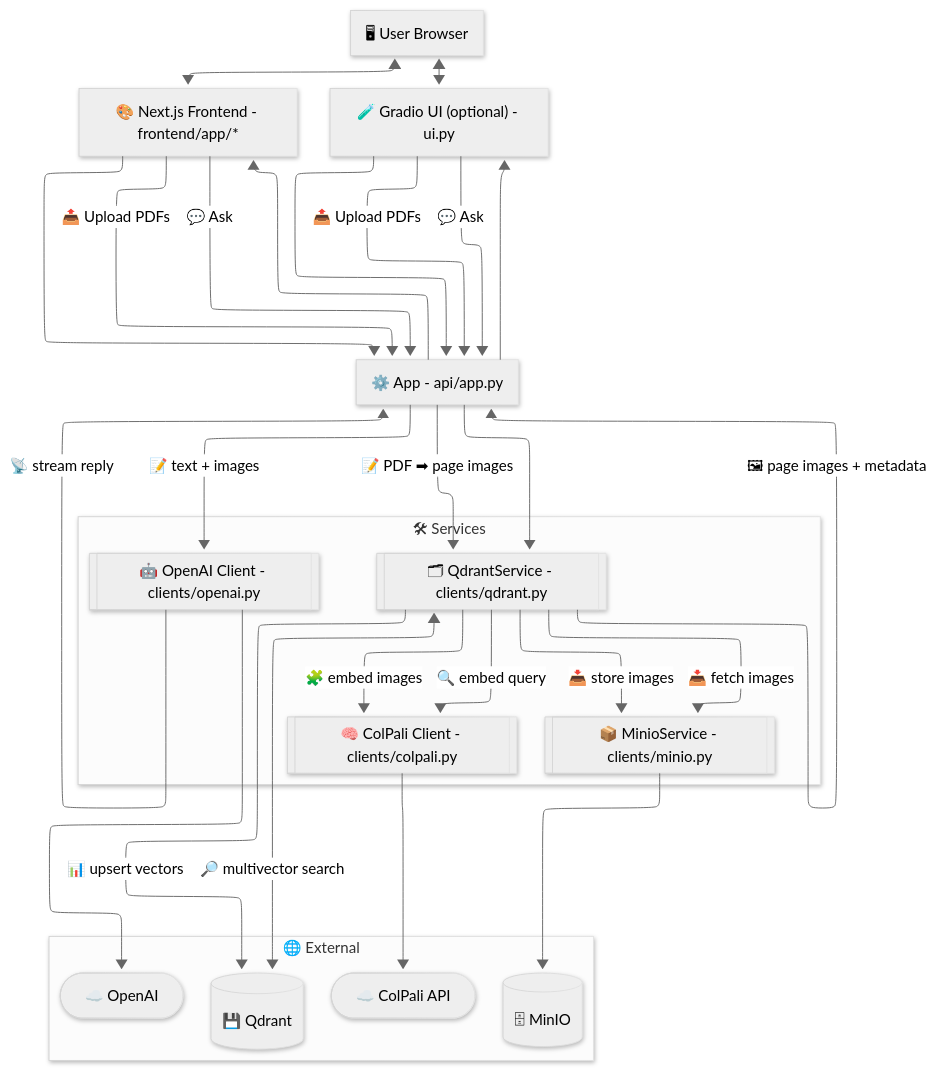
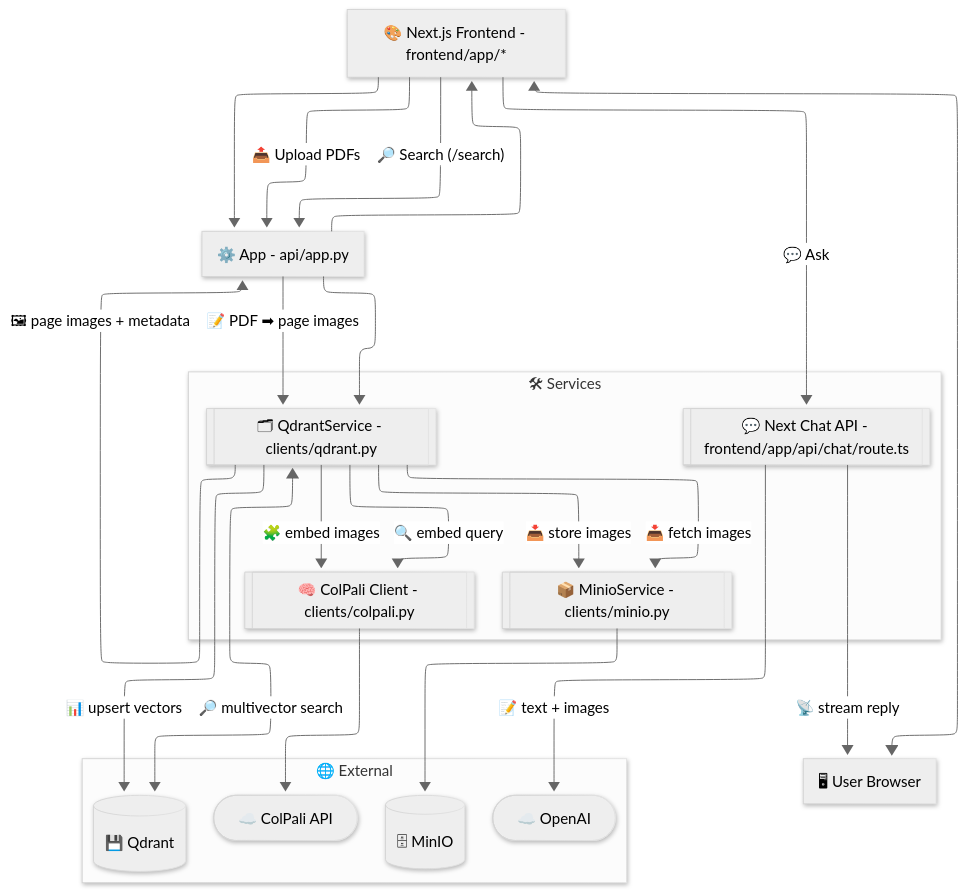
The diagram in backend/docs/architecture.md (athrael-soju/Snappy), drawn with Mermaid before and after one commit. The commit also changed other lines of this file and 4 other files, not shown here.

Commit message:
docs: migrate from Gradio UI to Next.js frontend with OpenAI chat streaming

````diff
--- a/backend/docs/architecture.md
+++ b/backend/docs/architecture.md
@@ -5,43 +5,39 @@
 ```mermaid
 ---
 config:
   theme: neutral
   layout: elk
   look: neo
 ---
 flowchart TB
  subgraph Services["🛠 Services"]
         QS[["🗂 QdrantService - clients/qdrant.py"]]
         MINIO[["📦 MinioService - clients/minio.py"]]
         COL[["🧠 ColPali Client - clients/colpali.py"]]
-        OAI[["🤖 OpenAI Client - clients/openai.py"]]
+        NXCHAT[["💬 Next Chat API - frontend/app/api/chat/route.ts"]]
   end
  subgraph External["🌐 External"]
         QD[("💾 Qdrant")]
         MN[("🗄 MinIO")]
         CQ(["☁️ ColPali API"])
         OA(["☁️ OpenAI"])
   end
     U["🖥 User Browser"] <--> NEXT["🎨 Next.js Frontend - frontend/app/*"]
-    U <--> GRAD["🧪 Gradio UI (optional) - ui.py"]
     NEXT --> APP["⚙️ App - api/app.py"]
-    GRAD --> APP
     NEXT -- 📤 Upload PDFs --> APP
-    GRAD -- 📤 Upload PDFs --> APP
     APP -- 📝 PDF ➡ page images --> QS
     QS -- 📥 store images --> MINIO
     MINIO --> MN
     QS -- 🧩 embed images --> COL
     COL --> CQ
     QS -- 📊 upsert vectors --> QD
-    NEXT -- 💬 Ask --> APP
-    GRAD -- 💬 Ask --> APP
-    APP --> QS & NEXT & GRAD
+    NEXT -- 🔎 Search (/search) --> APP
+    APP --> QS & NEXT
     QS -- 🔍 embed query --> COL
     QS <-- 🔎 multivector search --> QD
     QS -- 📥 fetch images --> MINIO
     QS -- 🖼 page images + metadata --> APP
-    APP -- 📝 text + images --> OAI
-    OAI --> OA
-    OAI -- 📡 stream reply --> APP
+    NEXT -- 💬 Ask --> NXCHAT
+    NXCHAT -- 📝 text + images --> OA
+    NXCHAT -- 📡 stream reply --> U
 ```
````
